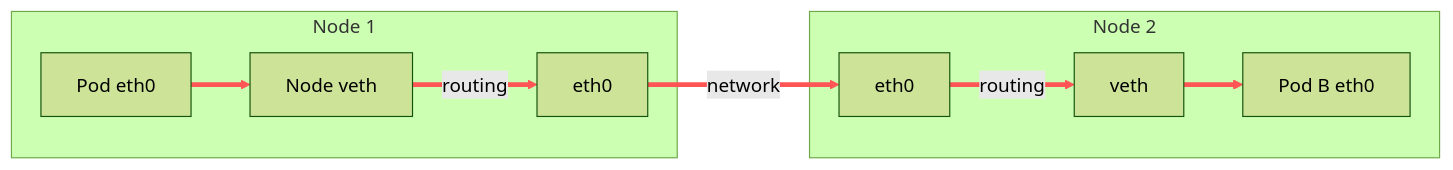
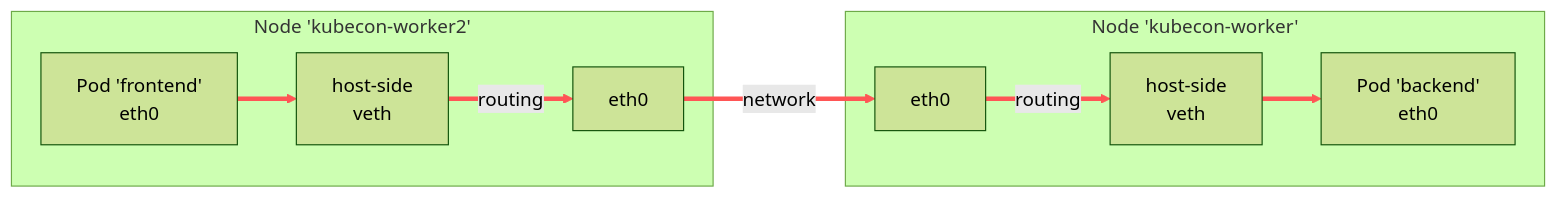
One commit to SRodi/srodi.github.io changed diagram 13 of 15 in _posts/2025-03-17-kubecon.md. Above: the diagram before and after it, drawn with Mermaid (forest theme). The commit also changed other lines of this file, not shown here.

````diff
--- a/_posts/2025-03-17-kubecon.md
+++ b/_posts/2025-03-17-kubecon.md
@@ -273,17 +276,17 @@
 ```mermaid
 graph LR
-    subgraph Node1 ["Node 1"]
-        PodA[Pod eth0] --> Root1[Node veth]
+    subgraph Node1 ["Node 'kubecon-worker2'"]
+        PodA[Pod 'frontend'<br>eth0] --> Root1[host-side<br>veth]
         Root1 -->|routing| Phys1[eth0]
     end
 
     Phys1 -->|network| Phys2[eth0]
 
-    subgraph Node2 ["Node 2"]
-        Phys2 -->|routing| Root2[veth]
-        Root2 --> PodB[Pod B eth0]
+    subgraph Node2 ["Node 'kubecon-worker'"]
+        Phys2 -->|routing| Root2[host-side<br>veth]
+        Root2 --> PodB[Pod 'backend'<br>eth0]
     end
 
     %% Highlight the packet flow
     linkStyle 0,1,2,3,4 stroke:#ff5555,stroke-width:4px;
 ```
````
